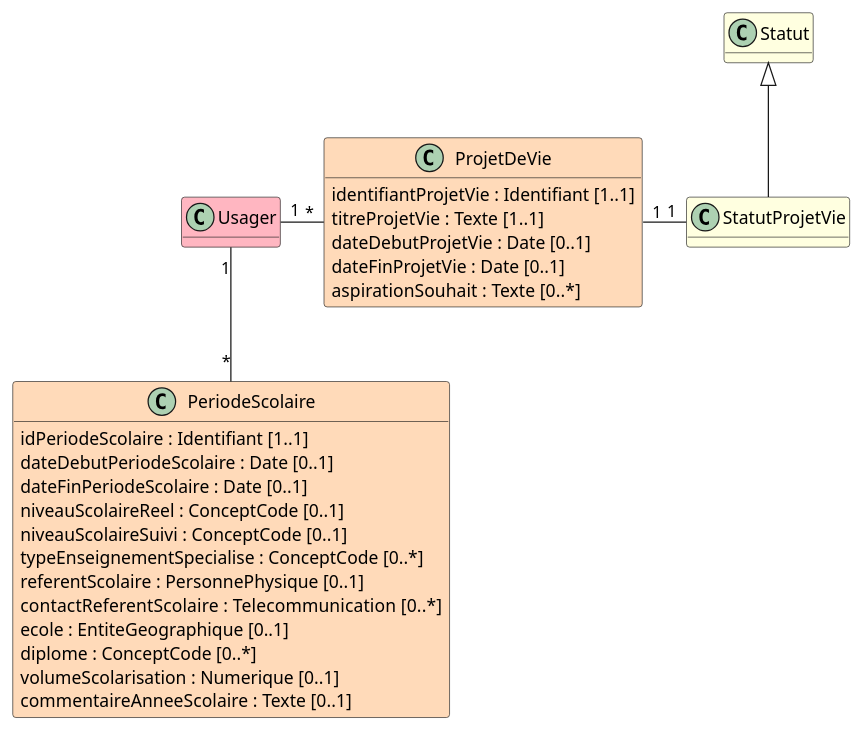
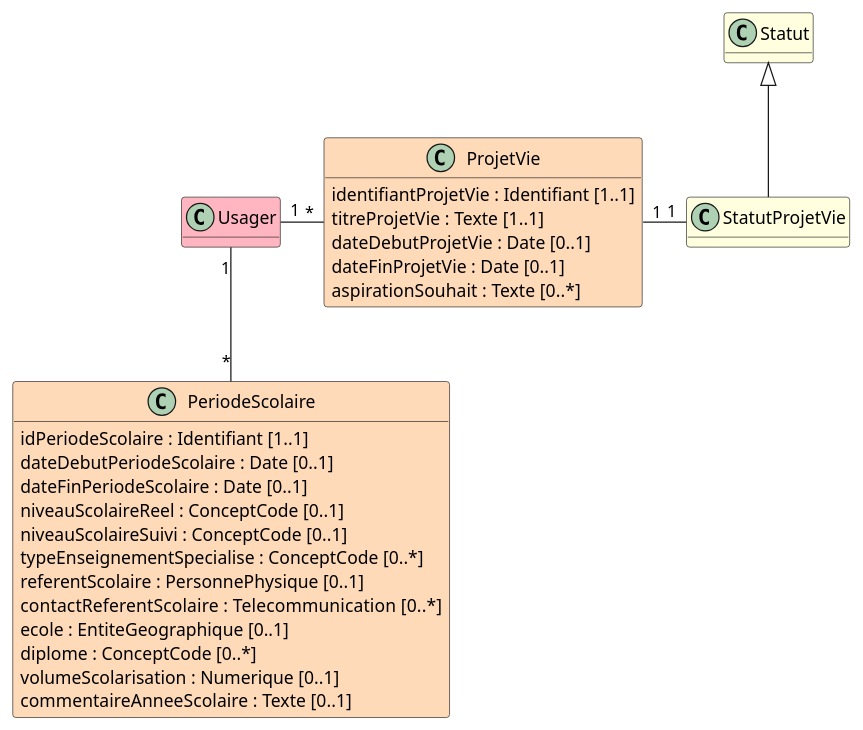
One commit to ansforge/IG-fhir-medicosocial-transfert-donnees-dui changed the diagram in input/images-source/bloc_periode_scolaire.plantuml. Above: the diagram before and after it, drawn with PlantUML. The commit also changed 1 other file, not shown here.

```diff
--- a/input/images-source/bloc_periode_scolaire.plantuml
+++ b/input/images-source/bloc_periode_scolaire.plantuml
@@ -1,40 +1,40 @@
 @startuml
 
 hide empty methods
 
 class Usager #LightPink
 
 class Statut #LightYellow 
 class StatutProjetVie #LightYellow 
 
 class PeriodeScolaire #PeachPuff {
     idPeriodeScolaire : Identifiant [1..1]
     dateDebutPeriodeScolaire : Date [0..1]
     dateFinPeriodeScolaire : Date [0..1]
     niveauScolaireReel : ConceptCode [0..1]
     niveauScolaireSuivi : ConceptCode [0..1]
     typeEnseignementSpecialise : ConceptCode [0..*]
     referentScolaire : PersonnePhysique [0..1]
     contactReferentScolaire  : Telecommunication [0..*]
     ecole : EntiteGeographique [0..1]
     diplome : ConceptCode [0..*]
     volumeScolarisation : Numerique [0..1]
     commentaireAnneeScolaire : Texte [0..1]
 }
 
-class ProjetDeVie #PeachPuff {
+class ProjetVie #PeachPuff {
     identifiantProjetVie : Identifiant [1..1]
     titreProjetVie : Texte [1..1]
     dateDebutProjetVie : Date [0..1]
     dateFinProjetVie : Date [0..1]
     aspirationSouhait : Texte [0..*]
     }
 
 Usager "1" -- "*" PeriodeScolaire
-Usager "1" - "*" ProjetDeVie
+Usager "1" - "*" ProjetVie
 
 Statut <|-- StatutProjetVie
 
-ProjetDeVie "1" - "1" StatutProjetVie
+ProjetVie "1" - "1" StatutProjetVie
 
 @enduml
```
